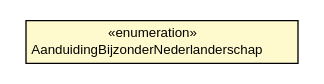
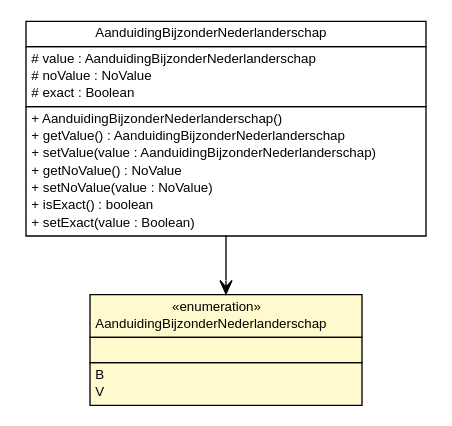
The diagram in brmo-stufbg204/apidocs/nl/egem/stuf/sector/bg/_0204/AanduidingBijzonderNederlanderschap.dot (B3Partners/brmo), drawn with Graphviz before and after one commit. The commit also changed 6415 other files, not shown here.

```diff
--- a/brmo-stufbg204/apidocs/nl/egem/stuf/sector/bg/_0204/AanduidingBijzonderNederlanderschap.dot
+++ b/brmo-stufbg204/apidocs/nl/egem/stuf/sector/bg/_0204/AanduidingBijzonderNederlanderschap.dot
@@ -1,19 +1,48 @@
 #!/usr/local/bin/dot
 #
 # Class diagram 
 # Generated by UMLGraph version R5_6-24-gf6e263 (http://www.umlgraph.org/)
 #
 
 digraph G {
 	edge [fontname="Helvetica",fontsize=10,labelfontname="Helvetica",labelfontsize=10];
 	node [fontname="Helvetica",fontsize=10,shape=plaintext];
 	nodesep=0.25;
 	ranksep=0.5;
 	// nl.egem.stuf.sector.bg._0204.AanduidingBijzonderNederlanderschap
-	c33482 [label=<<table title="nl.egem.stuf.sector.bg._0204.AanduidingBijzonderNederlanderschap" border="0" cellborder="1" cellspacing="0" cellpadding="2" port="p" bgcolor="lemonChiffon" href="./AanduidingBijzonderNederlanderschap.html">
+	c33488 [label=<<table title="nl.egem.stuf.sector.bg._0204.AanduidingBijzonderNederlanderschap" border="0" cellborder="1" cellspacing="0" cellpadding="2" port="p" bgcolor="lemonChiffon" href="./AanduidingBijzonderNederlanderschap.html">
 		<tr><td><table border="0" cellspacing="0" cellpadding="1">
 <tr><td align="center" balign="center"> &#171;enumeration&#187; </td></tr>
 <tr><td align="center" balign="center"> AanduidingBijzonderNederlanderschap </td></tr>
 		</table></td></tr>
+		<tr><td><table border="0" cellspacing="0" cellpadding="1">
+<tr><td align="left" balign="left">  </td></tr>
+		</table></td></tr>
+		<tr><td><table border="0" cellspacing="0" cellpadding="1">
+<tr><td align="left" balign="left"> B </td></tr>
+<tr><td align="left" balign="left"> V </td></tr>
+		</table></td></tr>
 		</table>>, URL="./AanduidingBijzonderNederlanderschap.html", fontname="Helvetica", fontcolor="black", fontsize=10.0];
+	// nl.egem.stuf.sector.bg._0204.PRSFund.AanduidingBijzonderNederlanderschap
+	c33798 [label=<<table title="nl.egem.stuf.sector.bg._0204.PRSFund.AanduidingBijzonderNederlanderschap" border="0" cellborder="1" cellspacing="0" cellpadding="2" port="p" href="./PRSFund.AanduidingBijzonderNederlanderschap.html">
+		<tr><td><table border="0" cellspacing="0" cellpadding="1">
+<tr><td align="center" balign="center"> AanduidingBijzonderNederlanderschap </td></tr>
+		</table></td></tr>
+		<tr><td><table border="0" cellspacing="0" cellpadding="1">
+<tr><td align="left" balign="left"> # value : AanduidingBijzonderNederlanderschap </td></tr>
+<tr><td align="left" balign="left"> # noValue : NoValue </td></tr>
+<tr><td align="left" balign="left"> # exact : Boolean </td></tr>
+		</table></td></tr>
+		<tr><td><table border="0" cellspacing="0" cellpadding="1">
+<tr><td align="left" balign="left"> + AanduidingBijzonderNederlanderschap() </td></tr>
+<tr><td align="left" balign="left"> + getValue() : AanduidingBijzonderNederlanderschap </td></tr>
+<tr><td align="left" balign="left"> + setValue(value : AanduidingBijzonderNederlanderschap) </td></tr>
+<tr><td align="left" balign="left"> + getNoValue() : NoValue </td></tr>
+<tr><td align="left" balign="left"> + setNoValue(value : NoValue) </td></tr>
+<tr><td align="left" balign="left"> + isExact() : boolean </td></tr>
+<tr><td align="left" balign="left"> + setExact(value : Boolean) </td></tr>
+		</table></td></tr>
+		</table>>, URL="./PRSFund.AanduidingBijzonderNederlanderschap.html", fontname="Helvetica", fontcolor="black", fontsize=10.0];
+	// nl.egem.stuf.sector.bg._0204.PRSFund.AanduidingBijzonderNederlanderschap NAVASSOC nl.egem.stuf.sector.bg._0204.AanduidingBijzonderNederlanderschap
+	c33798:p -> c33488:p [taillabel="", label="", headlabel="", fontname="Helvetica", fontcolor="black", fontsize=10.0, color="black", arrowhead=open];
 }
```
